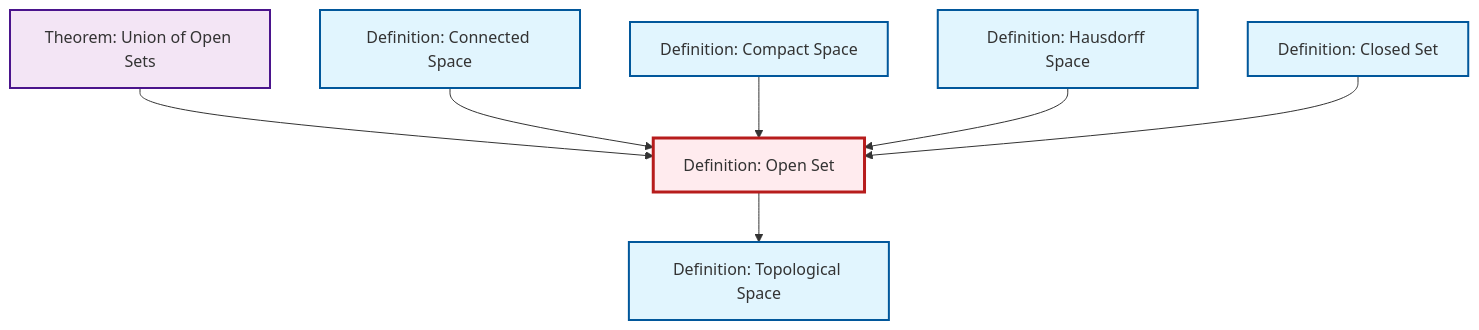
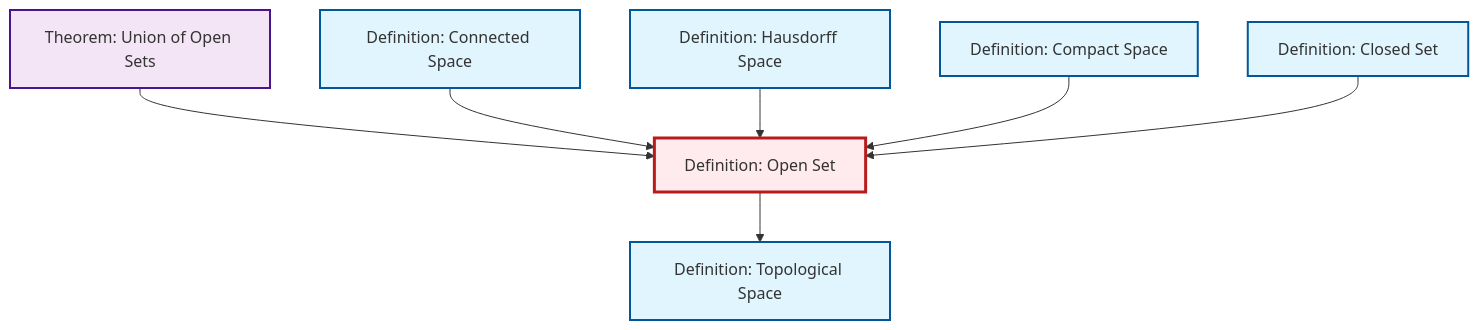
Before and after one commit to RK0429/ModernMath: the diagram in output/mermaid/def-open-set.mermaid, drawn with Mermaid. The commit also changed other lines of this file and 1312 other files, not shown here.

```diff
--- a/output/mermaid/def-open-set.mermaid
+++ b/output/mermaid/def-open-set.mermaid
@@ -1,21 +1,21 @@
 %%| fig-cap: "Local dependency graph"
 graph TD
     classDef definition fill:#e1f5fe,stroke:#01579b,stroke-width:2px
     classDef theorem fill:#f3e5f5,stroke:#4a148c,stroke-width:2px
     classDef axiom fill:#fff3e0,stroke:#e65100,stroke-width:2px
     classDef example fill:#e8f5e9,stroke:#1b5e20,stroke-width:2px
     classDef current fill:#ffebee,stroke:#b71c1c,stroke-width:3px
+    def-open-set["Definition: Open Set"]:::definition
+    def-hausdorff["Definition: Hausdorff Space"]:::definition
+    def-closed-set["Definition: Closed Set"]:::definition
+    def-compact["Definition: Compact Space"]:::definition
+    thm-union-open-sets["Theorem: Union of Open Sets"]:::theorem
+    def-topological-space["Definition: Topological Space"]:::definition
     def-connected["Definition: Connected Space"]:::definition
-    thm-union-open-sets["Theorem: Union of Open Sets"]:::theorem
-    def-compact["Definition: Compact Space"]:::definition
-    def-topological-space["Definition: Topological Space"]:::definition
-    def-open-set["Definition: Open Set"]:::definition
-    def-closed-set["Definition: Closed Set"]:::definition
-    def-hausdorff["Definition: Hausdorff Space"]:::definition
+    thm-union-open-sets --> def-open-set
     def-open-set --> def-topological-space
-    thm-union-open-sets --> def-open-set
     def-connected --> def-open-set
+    def-hausdorff --> def-open-set
     def-compact --> def-open-set
-    def-hausdorff --> def-open-set
     def-closed-set --> def-open-set
     class def-open-set current
```
